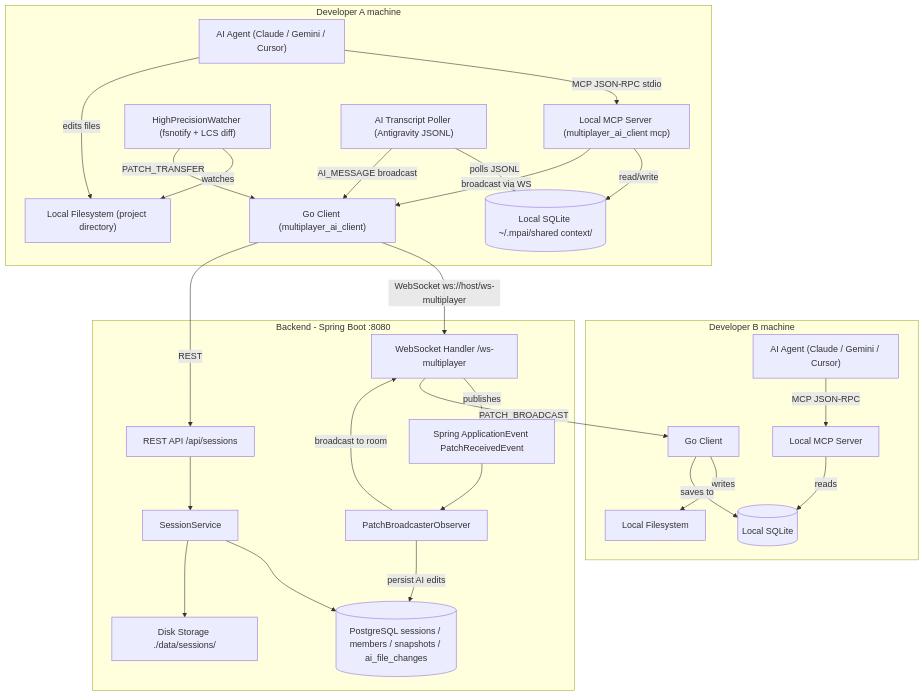
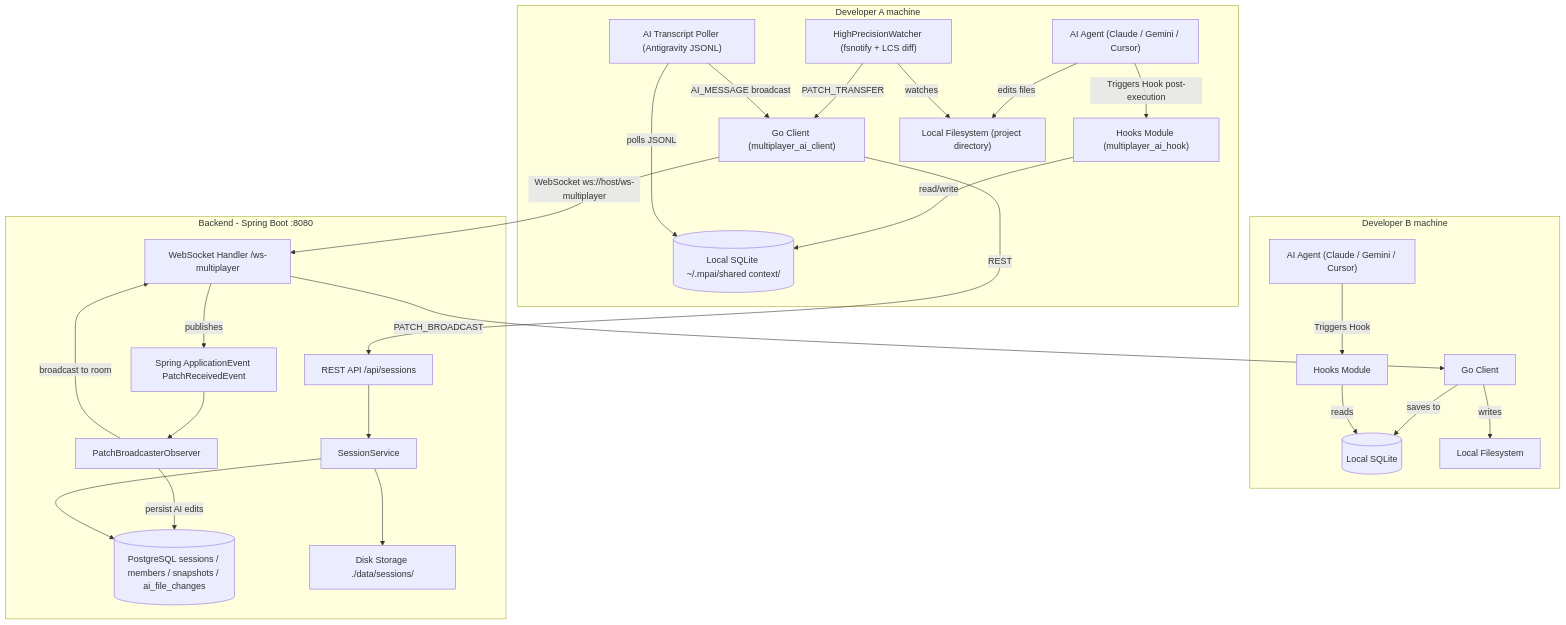
One commit to 888Sourav888/Multiplayer_AI_System changed the diagram in readme.md. Above: the diagram before and after it, drawn with Mermaid. The commit also changed other lines of this file and 1 other file, not shown here.

````diff
--- a/readme.md
+++ b/readme.md
@@ -104,53 +41,52 @@
 ```mermaid
 graph TB
     subgraph "Developer A machine"
         A_Agent["AI Agent (Claude / Gemini / Cursor)"]
-        A_MCP["Local MCP Server (multiplayer_ai_client mcp)"]
+        A_Hook["Hooks Module (multiplayer_ai_hook)"]
         A_DB[("Local SQLite ~/.mpai/shared context/")]
         A_Client["Go Client (multiplayer_ai_client)"]
         A_FS["Local Filesystem (project directory)"]
         A_Watcher["HighPrecisionWatcher (fsnotify + LCS diff)"]
         A_Poller["AI Transcript Poller (Antigravity JSONL)"]
     end
 
     subgraph "Developer B machine"
         B_Agent["AI Agent (Claude / Gemini / Cursor)"]
-        B_MCP["Local MCP Server"]
+        B_Hook["Hooks Module"]
         B_DB[("Local SQLite")]
         B_Client["Go Client"]
         B_FS["Local Filesystem"]
     end
 
     subgraph "Backend - Spring Boot :8080"
         WS["WebSocket Handler /ws-multiplayer"]
         REST["REST API /api/sessions"]
         SVC["SessionService"]
         PG[("PostgreSQL sessions / members / snapshots / ai_file_changes")]
         Storage["Disk Storage ./data/sessions/"]
         EventBus["Spring ApplicationEvent PatchReceivedEvent"]
         Observer["PatchBroadcasterObserver"]
     end
 
-    A_Agent -- "MCP JSON-RPC stdio" --> A_MCP
-    A_MCP -- "read/write" --> A_DB
-    A_MCP -- "broadcast via WS" --> A_Client
+    A_Agent -- "Triggers Hook post-execution" --> A_Hook
+    A_Hook -- "read/write" --> A_DB
     A_Agent -- "edits files" --> A_FS
     A_Watcher -- "watches" --> A_FS
     A_Watcher -- "PATCH_TRANSFER" --> A_Client
     A_Poller -- "polls JSONL" --> A_DB
     A_Poller -- "AI_MESSAGE broadcast" --> A_Client
     A_Client -- "WebSocket ws://host/ws-multiplayer" --> WS
     A_Client -- "REST" --> REST
     WS -- "publishes" --> EventBus
     EventBus --> Observer
     Observer -- "broadcast to room" --> WS
     Observer -- "persist AI edits" --> PG
     REST --> SVC
     SVC --> PG
     SVC --> Storage
     WS -- "PATCH_BROADCAST" --> B_Client
     B_Client -- "writes" --> B_FS
     B_Client -- "saves to" --> B_DB
-    B_MCP -- "reads" --> B_DB
-    B_Agent -- "MCP JSON-RPC" --> B_MCP
+    B_Hook -- "reads" --> B_DB
+    B_Agent -- "Triggers Hook" --> B_Hook
 ```
````
